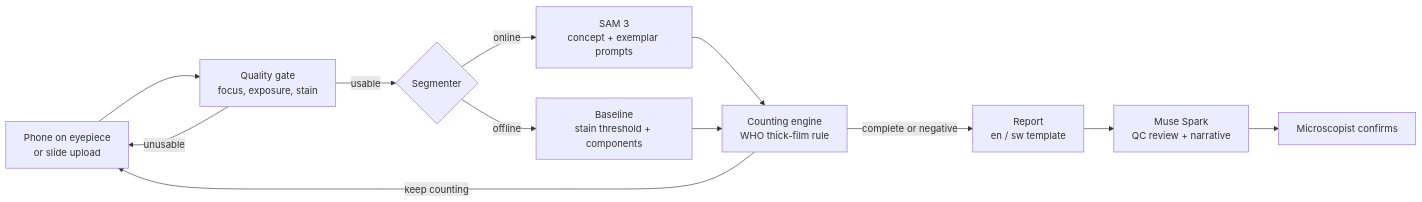
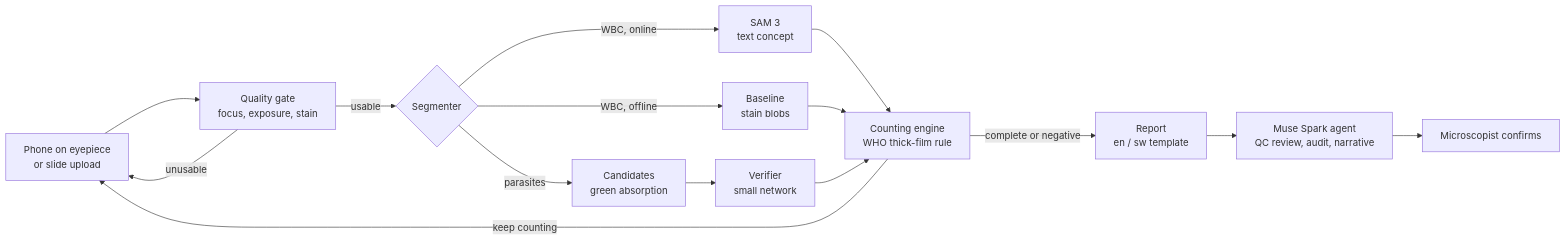
The diagram in README.md (albertmwangwa/darubini), drawn with Mermaid before and after one commit. The commit also changed other lines of this file and 20 other files, not shown here.

````diff
--- a/README.md
+++ b/README.md
@@ -83,14 +84,17 @@
 ```mermaid
 flowchart LR
     A[Phone on eyepiece<br/>or slide upload] --> B[Quality gate<br/>focus, exposure, stain]
     B -- unusable --> A
     B -- usable --> C{Segmenter}
-    C -->|online| D[SAM 3<br/>concept + exemplar prompts]
-    C -->|offline| E[Baseline<br/>stain threshold + components]
+    C -->|WBC, online| D[SAM 3<br/>text concept]
+    C -->|WBC, offline| E[Baseline<br/>stain blobs]
+    C -->|parasites| V[Candidates<br/>green absorption]
+    V --> W[Verifier<br/>small network]
     D --> F[Counting engine<br/>WHO thick-film rule]
     E --> F
+    W --> F
     F -- keep counting --> A
     F -- complete or negative --> G[Report<br/>en / sw template]
-    G --> H[Muse Spark<br/>QC review + narrative]
+    G --> H[Muse Spark agent<br/>QC review, audit, narrative]
     H --> I[Microscopist confirms]
 ```
````
